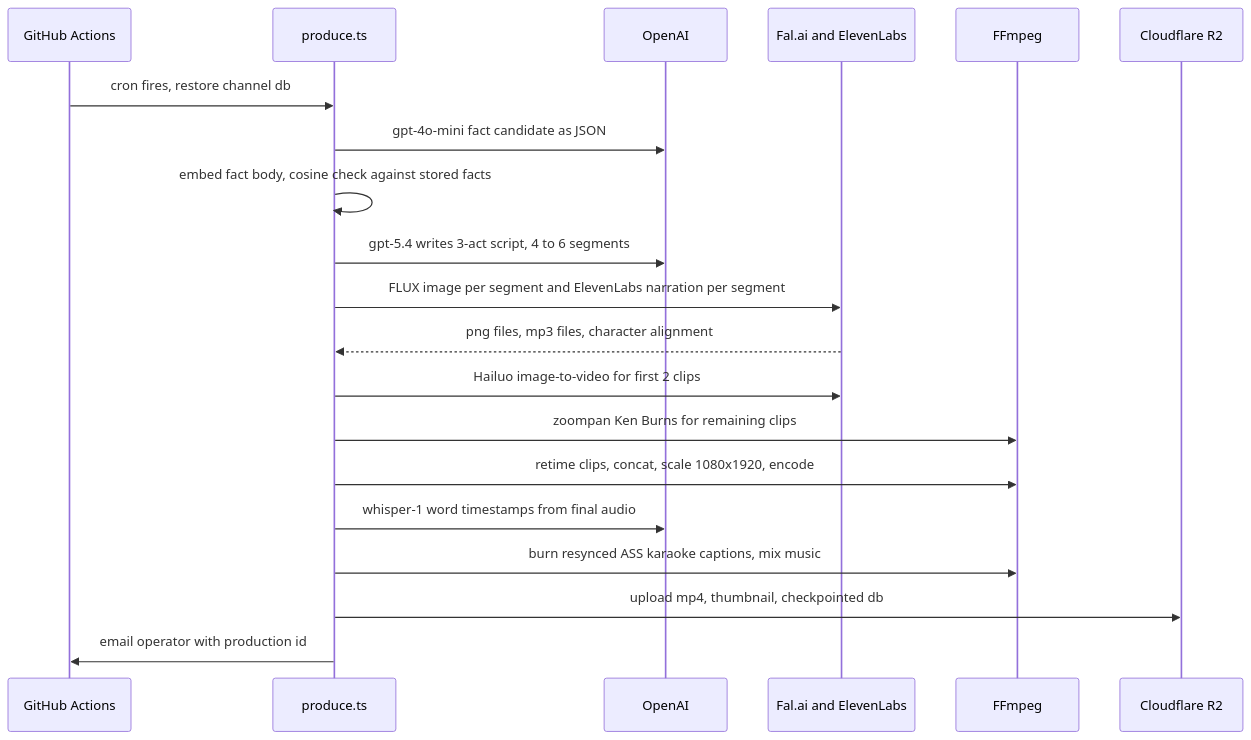
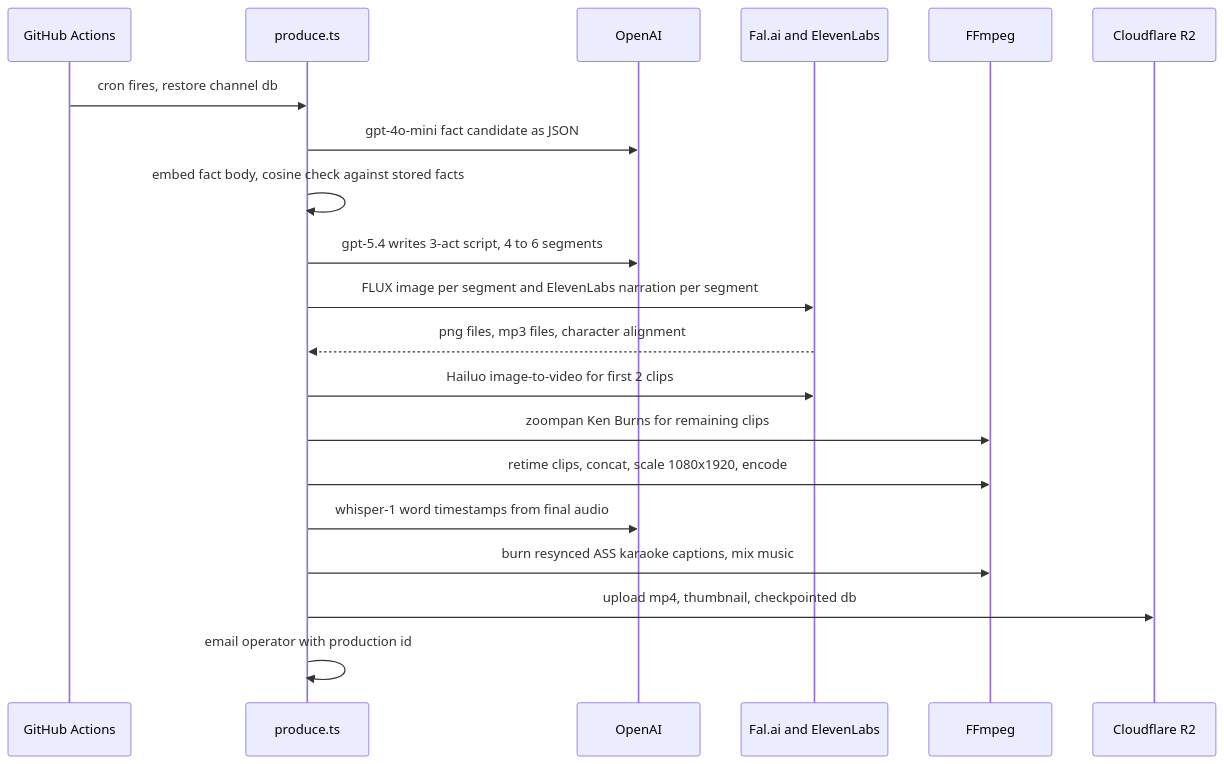
The diagram in content/diagrams/youtube-shorts-factory-automated-pipeline-flow.mmd (anirxdh/portfolio), drawn with Mermaid before and after one commit. The commit also changed 122 other files, not shown here.

```diff
--- a/content/diagrams/youtube-shorts-factory-automated-pipeline-flow.mmd
+++ b/content/diagrams/youtube-shorts-factory-automated-pipeline-flow.mmd
@@ -1,20 +1,20 @@
 sequenceDiagram
   participant GA as GitHub Actions
   participant PR as produce.ts
   participant OA as OpenAI
   participant FA as Fal.ai and ElevenLabs
   participant FF as FFmpeg
   participant R2 as Cloudflare R2
   GA->>PR: cron fires, restore channel db
   PR->>OA: gpt-4o-mini fact candidate as JSON
   PR->>PR: embed fact body, cosine check against stored facts
   PR->>OA: gpt-5.4 writes 3-act script, 4 to 6 segments
   PR->>FA: FLUX image per segment and ElevenLabs narration per segment
   FA-->>PR: png files, mp3 files, character alignment
   PR->>FA: Hailuo image-to-video for first 2 clips
   PR->>FF: zoompan Ken Burns for remaining clips
   PR->>FF: retime clips, concat, scale 1080x1920, encode
   PR->>OA: whisper-1 word timestamps from final audio
   PR->>FF: burn resynced ASS karaoke captions, mix music
   PR->>R2: upload mp4, thumbnail, checkpointed db
-  PR->>GA: email operator with production id
+  PR->>PR: email operator with production id
```
